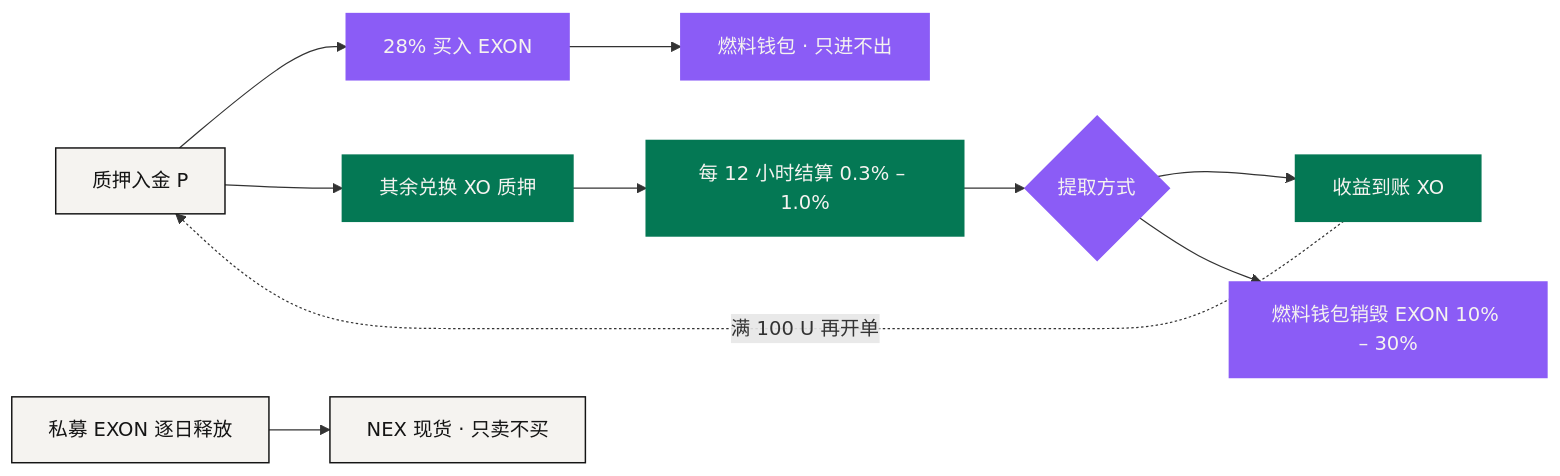
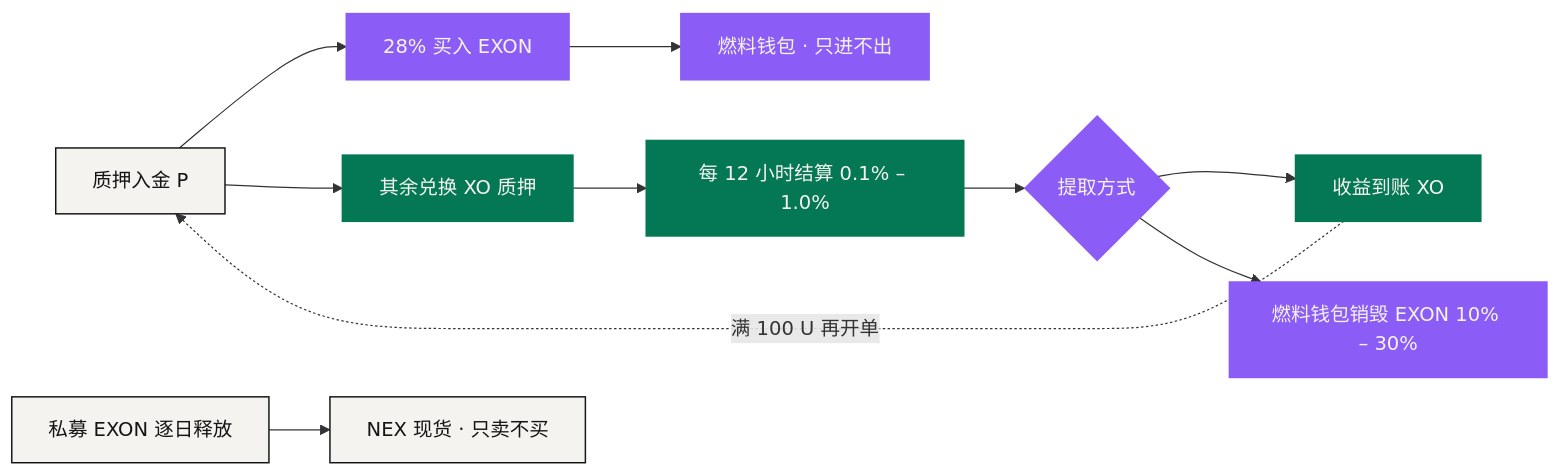
Before and after one commit to NEXONMarkets/NEXON-Whitepaper: the diagram in docs/zh/05-tokenomics/value-flows.md, drawn with Mermaid. The commit also changed other lines of this file and 32 other files, not shown here.

````diff
--- a/docs/zh/05-tokenomics/value-flows.md
+++ b/docs/zh/05-tokenomics/value-flows.md
@@ -68,18 +68,18 @@
 ```mermaid
 flowchart LR
     P["质押入金 P"] --> B["28% 买入 EXON"]
     P --> S["其余兑换 XO 质押"]
     B --> W["燃料钱包 · 只进不出"]
-    S --> R["每 12 小时结算 0.3% – 1.0%"]
+    S --> R["每 12 小时结算 0.1% – 1.0%"]
     R --> C{"提取方式"}
     C --> N["收益到账 XO"]
     C --> X["燃料钱包销毁 EXON 10% – 30%"]
     N -. "满 100 U 再开单" .-> P
     V["私募 EXON 逐日释放"] --> M["NEX 现货 · 只卖不买"]
     classDef anchor fill:#047854,stroke:#047854,stroke-width:1.5px,color:#F5F3F0
     classDef engine fill:#8B5CF6,stroke:#8B5CF6,stroke-width:1.5px,color:#F5F3F0
     classDef solid  fill:#F5F3F0,stroke:#141414,stroke-width:1.2px,color:#141414
     class P,V,M solid
     class S,R,N anchor
     class B,W,C,X engine
 ```
````
